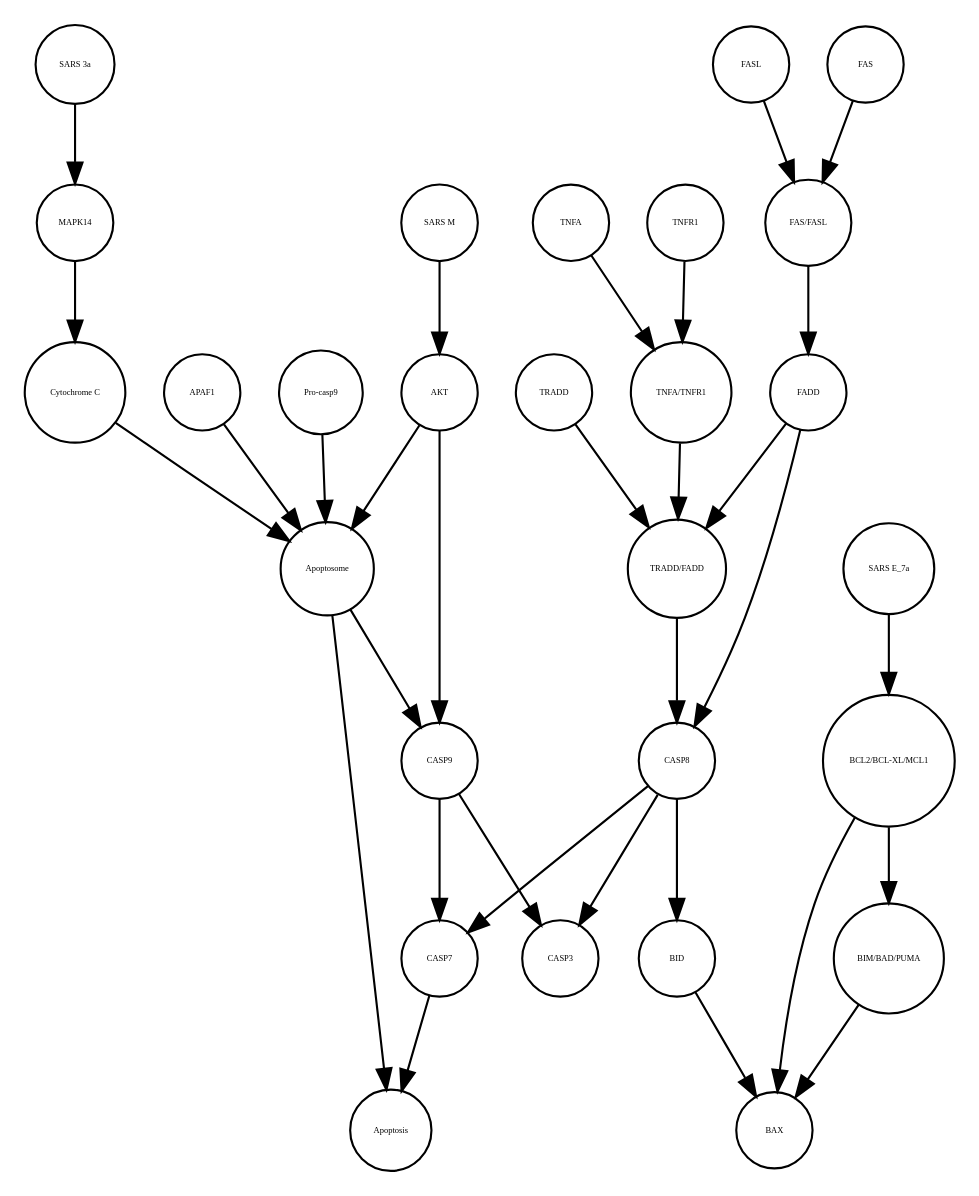
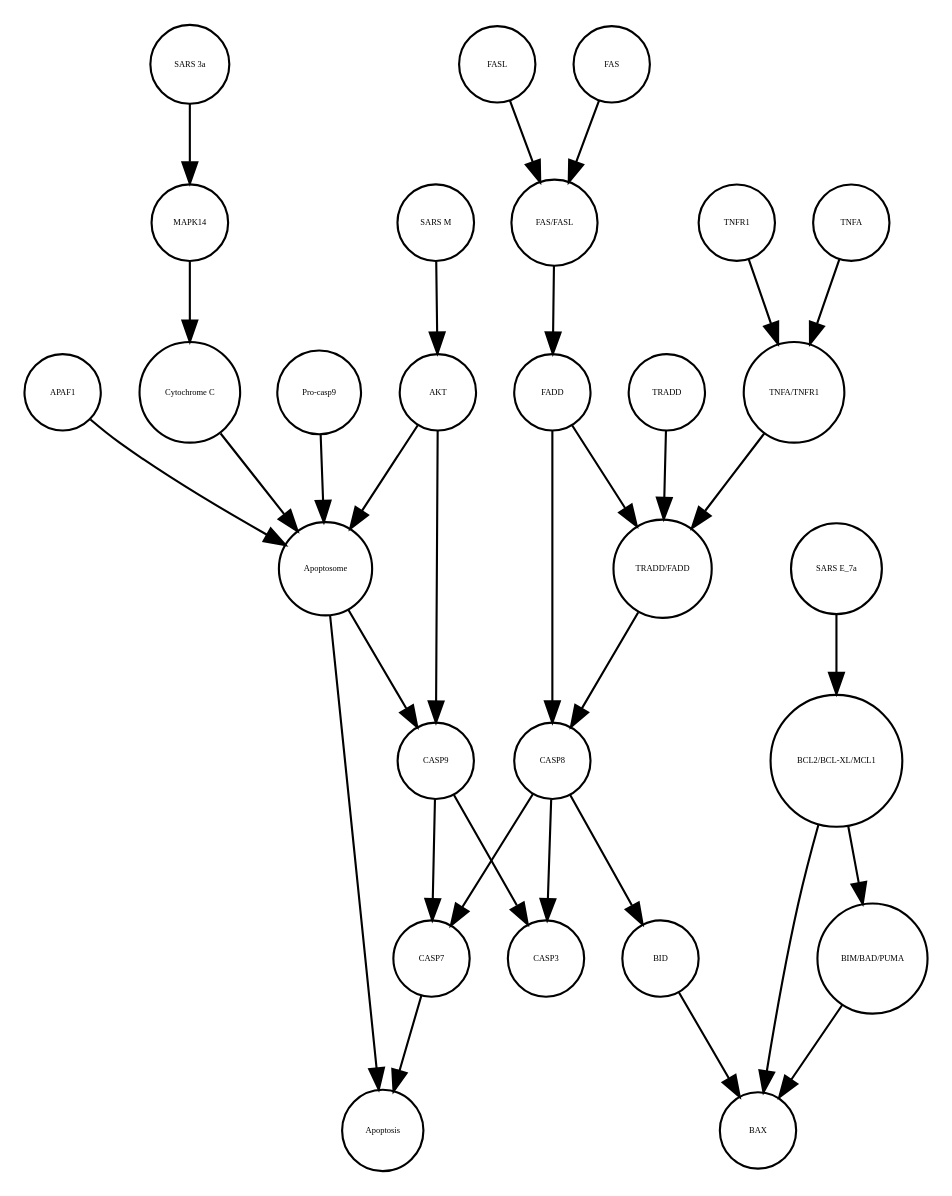
Before and after one commit to cannin/covid19-sbgn: the diagram in Apoptosis_VS_SSA_AN.xml_projected.dot, drawn with Graphviz. The commit also changed other lines of this file and 564 other files, not shown here.

```diff
--- a/Apoptosis_VS_SSA_AN.xml_projected.dot
+++ b/Apoptosis_VS_SSA_AN.xml_projected.dot
@@ -1,60 +1,60 @@
 strict digraph  {
 CASP7 [annotation="", bipartite=0, cls=macromolecule, fontsize=4, label=CASP7, shape=circle];
 Apoptosis [annotation="", bipartite=0, cls=phenotype, fontsize=4, label=Apoptosis, shape=circle];
 Apoptosome [annotation="", bipartite=0, cls=complex, fontsize=4, label=Apoptosome, shape=circle];
+BAX [annotation="", bipartite=0, cls=macromolecule, fontsize=4, label=BAX, shape=circle];
+CASP9 [annotation="", bipartite=0, cls=macromolecule, fontsize=4, label=CASP9, shape=circle];
+MAPK14 [annotation="", bipartite=0, cls=macromolecule, fontsize=4, label=MAPK14, shape=circle];
+TRADD [annotation="", bipartite=0, cls=macromolecule, fontsize=4, label=TRADD, shape=circle];
+APAF1 [annotation="", bipartite=0, cls=macromolecule, fontsize=4, label=APAF1, shape=circle];
+"TRADD/FADD" [annotation="", bipartite=0, cls=complex, fontsize=4, label="TRADD/FADD", shape=circle];
+FAS [annotation="", bipartite=0, cls=macromolecule, fontsize=4, label=FAS, shape=circle];
+CASP8 [annotation="", bipartite=0, cls=macromolecule, fontsize=4, label=CASP8, shape=circle];
+FASL [annotation="", bipartite=0, cls=macromolecule, fontsize=4, label=FASL, shape=circle];
+"BCL2/BCL-XL/MCL1" [annotation="", bipartite=0, cls=complex, fontsize=4, label="BCL2/BCL-XL/MCL1", shape=circle];
+"Cytochrome C" [annotation="", bipartite=0, cls=macromolecule, fontsize=4, label="Cytochrome C", shape=circle];
+"SARS 3a" [annotation="", bipartite=0, cls=macromolecule, fontsize=4, label="SARS 3a", shape=circle];
+TNFR1 [annotation="", bipartite=0, cls=macromolecule, fontsize=4, label=TNFR1, shape=circle];
+BID [annotation="", bipartite=0, cls=macromolecule, fontsize=4, label=BID, shape=circle];
+"BIM/BAD/PUMA" [annotation="", bipartite=0, cls=complex, fontsize=4, label="BIM/BAD/PUMA", shape=circle];
+"TNFA/TNFR1" [annotation="", bipartite=0, cls=complex, fontsize=4, label="TNFA/TNFR1", shape=circle];
+"SARS M" [annotation="", bipartite=0, cls=macromolecule, fontsize=4, label="SARS M", shape=circle];
+"Pro-casp9" [annotation="", bipartite=0, cls=macromolecule, fontsize=4, label="Pro-casp9", shape=circle];
+TNFA [annotation="", bipartite=0, cls=macromolecule, fontsize=4, label=TNFA, shape=circle];
+"FAS/FASL" [annotation="", bipartite=0, cls=complex, fontsize=4, label="FAS/FASL", shape=circle];
+AKT [annotation="", bipartite=0, cls=macromolecule, fontsize=4, label=AKT, shape=circle];
+"SARS E_7a" [annotation="", bipartite=0, cls=macromolecule, fontsize=4, label="SARS E_7a", shape=circle];
+CASP3 [annotation="", bipartite=0, cls=macromolecule, fontsize=4, label=CASP3, shape=circle];
 FADD [annotation="", bipartite=0, cls=macromolecule, fontsize=4, label=FADD, shape=circle];
-"Cytochrome C" [annotation="", bipartite=0, cls=macromolecule, fontsize=4, label="Cytochrome C", shape=circle];
-TNFR1 [annotation="", bipartite=0, cls=macromolecule, fontsize=4, label=TNFR1, shape=circle];
-"SARS E_7a" [annotation="", bipartite=0, cls=macromolecule, fontsize=4, label="SARS E_7a", shape=circle];
-MAPK14 [annotation="", bipartite=0, cls=macromolecule, fontsize=4, label=MAPK14, shape=circle];
-APAF1 [annotation="", bipartite=0, cls=macromolecule, fontsize=4, label=APAF1, shape=circle];
-FAS [annotation="", bipartite=0, cls=macromolecule, fontsize=4, label=FAS, shape=circle];
-"TNFA/TNFR1" [annotation="", bipartite=0, cls=complex, fontsize=4, label="TNFA/TNFR1", shape=circle];
-TRADD [annotation="", bipartite=0, cls=macromolecule, fontsize=4, label=TRADD, shape=circle];
-CASP9 [annotation="", bipartite=0, cls=macromolecule, fontsize=4, label=CASP9, shape=circle];
-"Pro-casp9" [annotation="", bipartite=0, cls=macromolecule, fontsize=4, label="Pro-casp9", shape=circle];
-"SARS 3a" [annotation="", bipartite=0, cls=macromolecule, fontsize=4, label="SARS 3a", shape=circle];
-BID [annotation="", bipartite=0, cls=macromolecule, fontsize=4, label=BID, shape=circle];
-BAX [annotation="", bipartite=0, cls=macromolecule, fontsize=4, label=BAX, shape=circle];
-"BCL2/BCL-XL/MCL1" [annotation="", bipartite=0, cls=complex, fontsize=4, label="BCL2/BCL-XL/MCL1", shape=circle];
-FASL [annotation="", bipartite=0, cls=macromolecule, fontsize=4, label=FASL, shape=circle];
-CASP8 [annotation="", bipartite=0, cls=macromolecule, fontsize=4, label=CASP8, shape=circle];
-"FAS/FASL" [annotation="", bipartite=0, cls=complex, fontsize=4, label="FAS/FASL", shape=circle];
-"TRADD/FADD" [annotation="", bipartite=0, cls=complex, fontsize=4, label="TRADD/FADD", shape=circle];
-"BIM/BAD/PUMA" [annotation="", bipartite=0, cls=complex, fontsize=4, label="BIM/BAD/PUMA", shape=circle];
-TNFA [annotation="", bipartite=0, cls=macromolecule, fontsize=4, label=TNFA, shape=circle];
-CASP3 [annotation="", bipartite=0, cls=macromolecule, fontsize=4, label=CASP3, shape=circle];
-AKT [annotation="", bipartite=0, cls=macromolecule, fontsize=4, label=AKT, shape=circle];
-"SARS M" [annotation="", bipartite=0, cls=macromolecule, fontsize=4, label="SARS M", shape=circle];
 CASP7 -> Apoptosis  [annotation="", interaction_type=stimulation];
 Apoptosome -> Apoptosis  [annotation="", interaction_type=stimulation];
 Apoptosome -> CASP9  [annotation="urn_miriam_kegg.pathway_hsa04210", interaction_type=catalysis];
+CASP9 -> CASP3  [annotation="urn_miriam_kegg.pathway_hsa04210", interaction_type=catalysis];
+CASP9 -> CASP7  [annotation="urn_miriam_kegg.pathway_hsa04210", interaction_type=catalysis];
+MAPK14 -> "Cytochrome C"  [annotation="urn_miriam_kegg.pathway_hsa04210|urn_miriam_pubmed_31226023", interaction_type=catalysis];
+TRADD -> "TRADD/FADD"  [annotation="", interaction_type=production];
+APAF1 -> Apoptosome  [annotation="", interaction_type=production];
+"TRADD/FADD" -> CASP8  [annotation="urn_miriam_kegg.pathway_hsa04210", interaction_type=catalysis];
+FAS -> "FAS/FASL"  [annotation="", interaction_type=production];
+CASP8 -> CASP3  [annotation="urn_miriam_kegg.pathway_hsa04210", interaction_type=catalysis];
+CASP8 -> BID  [annotation="urn_miriam_kegg.pathway_hsa04210", interaction_type=catalysis];
+CASP8 -> CASP7  [annotation="urn_miriam_kegg.pathway_hsa04210", interaction_type=catalysis];
+FASL -> "FAS/FASL"  [annotation="", interaction_type=production];
+"BCL2/BCL-XL/MCL1" -> BAX  [annotation=urn_miriam_pubmed_31226023, interaction_type=inhibition];
+"BCL2/BCL-XL/MCL1" -> "BIM/BAD/PUMA"  [annotation="", interaction_type=inhibition];
+"Cytochrome C" -> Apoptosome  [annotation="", interaction_type=production];
+"SARS 3a" -> MAPK14  [annotation=urn_miriam_pubmed_31226023, interaction_type=catalysis];
+TNFR1 -> "TNFA/TNFR1"  [annotation="", interaction_type=production];
+BID -> BAX  [annotation=urn_miriam_pubmed_31226023, interaction_type=catalysis];
+"BIM/BAD/PUMA" -> BAX  [annotation=urn_miriam_pubmed_31226023, interaction_type=catalysis];
+"TNFA/TNFR1" -> "TRADD/FADD"  [annotation="urn_miriam_kegg.pathway_hsa04210", interaction_type=catalysis];
+"SARS M" -> AKT  [annotation=urn_miriam_pubmed_31226023, interaction_type=inhibition];
+"Pro-casp9" -> Apoptosome  [annotation="", interaction_type=production];
+TNFA -> "TNFA/TNFR1"  [annotation="", interaction_type=production];
+"FAS/FASL" -> FADD  [annotation="urn_miriam_kegg.pathway_hsa04210", interaction_type=catalysis];
+AKT -> CASP9  [annotation="urn_miriam_kegg.pathway_hsa04210", interaction_type=inhibition];
+AKT -> Apoptosome  [annotation="urn_miriam_kegg.pathway_hsa04210", interaction_type=inhibition];
+"SARS E_7a" -> "BCL2/BCL-XL/MCL1"  [annotation="", interaction_type=inhibition];
 FADD -> "TRADD/FADD"  [annotation="", interaction_type=production];
 FADD -> CASP8  [annotation="urn_miriam_kegg.pathway_hsa04210", interaction_type=catalysis];
-"Cytochrome C" -> Apoptosome  [annotation="", interaction_type=production];
-TNFR1 -> "TNFA/TNFR1"  [annotation="", interaction_type=production];
-"SARS E_7a" -> "BCL2/BCL-XL/MCL1"  [annotation="", interaction_type=inhibition];
-MAPK14 -> "Cytochrome C"  [annotation="urn_miriam_kegg.pathway_hsa04210|urn_miriam_pubmed_31226023", interaction_type=catalysis];
-APAF1 -> Apoptosome  [annotation="", interaction_type=production];
-FAS -> "FAS/FASL"  [annotation="", interaction_type=production];
-"TNFA/TNFR1" -> "TRADD/FADD"  [annotation="urn_miriam_kegg.pathway_hsa04210", interaction_type=catalysis];
-TRADD -> "TRADD/FADD"  [annotation="", interaction_type=production];
-CASP9 -> CASP7  [annotation="urn_miriam_kegg.pathway_hsa04210", interaction_type=catalysis];
-CASP9 -> CASP3  [annotation="urn_miriam_kegg.pathway_hsa04210", interaction_type=catalysis];
-"Pro-casp9" -> Apoptosome  [annotation="", interaction_type=production];
-"SARS 3a" -> MAPK14  [annotation=urn_miriam_pubmed_31226023, interaction_type=catalysis];
-BID -> BAX  [annotation=urn_miriam_pubmed_31226023, interaction_type=catalysis];
-"BCL2/BCL-XL/MCL1" -> BAX  [annotation=urn_miriam_pubmed_31226023, interaction_type=inhibition];
-"BCL2/BCL-XL/MCL1" -> "BIM/BAD/PUMA"  [annotation="", interaction_type=inhibition];
-FASL -> "FAS/FASL"  [annotation="", interaction_type=production];
-CASP8 -> CASP7  [annotation="urn_miriam_kegg.pathway_hsa04210", interaction_type=catalysis];
-CASP8 -> CASP3  [annotation="urn_miriam_kegg.pathway_hsa04210", interaction_type=catalysis];
-CASP8 -> BID  [annotation="urn_miriam_kegg.pathway_hsa04210", interaction_type=catalysis];
-"FAS/FASL" -> FADD  [annotation="urn_miriam_kegg.pathway_hsa04210", interaction_type=catalysis];
-"TRADD/FADD" -> CASP8  [annotation="urn_miriam_kegg.pathway_hsa04210", interaction_type=catalysis];
-"BIM/BAD/PUMA" -> BAX  [annotation=urn_miriam_pubmed_31226023, interaction_type=catalysis];
-TNFA -> "TNFA/TNFR1"  [annotation="", interaction_type=production];
-AKT -> Apoptosome  [annotation="urn_miriam_kegg.pathway_hsa04210", interaction_type=inhibition];
-AKT -> CASP9  [annotation="urn_miriam_kegg.pathway_hsa04210", interaction_type=inhibition];
-"SARS M" -> AKT  [annotation=urn_miriam_pubmed_31226023, interaction_type=inhibition];
 }
```
